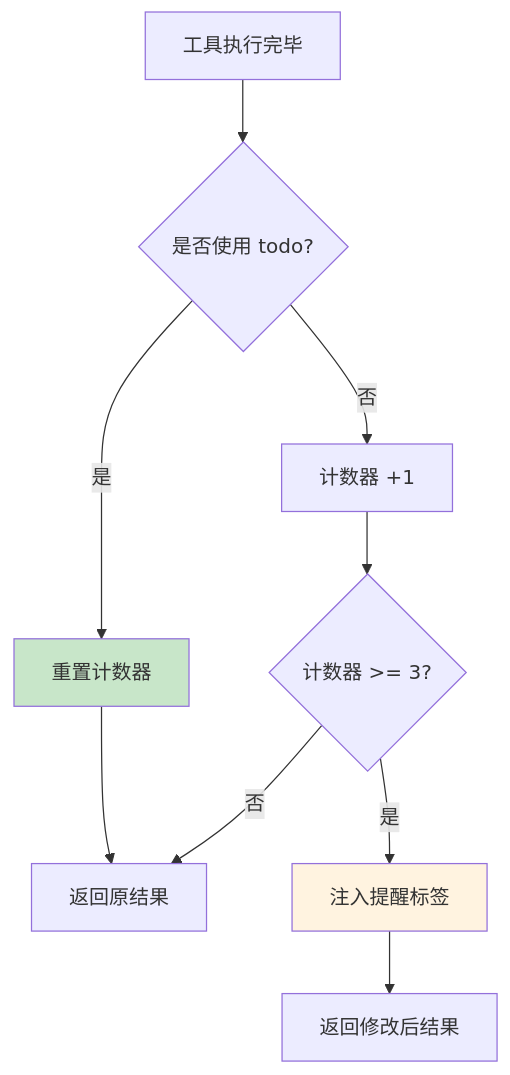
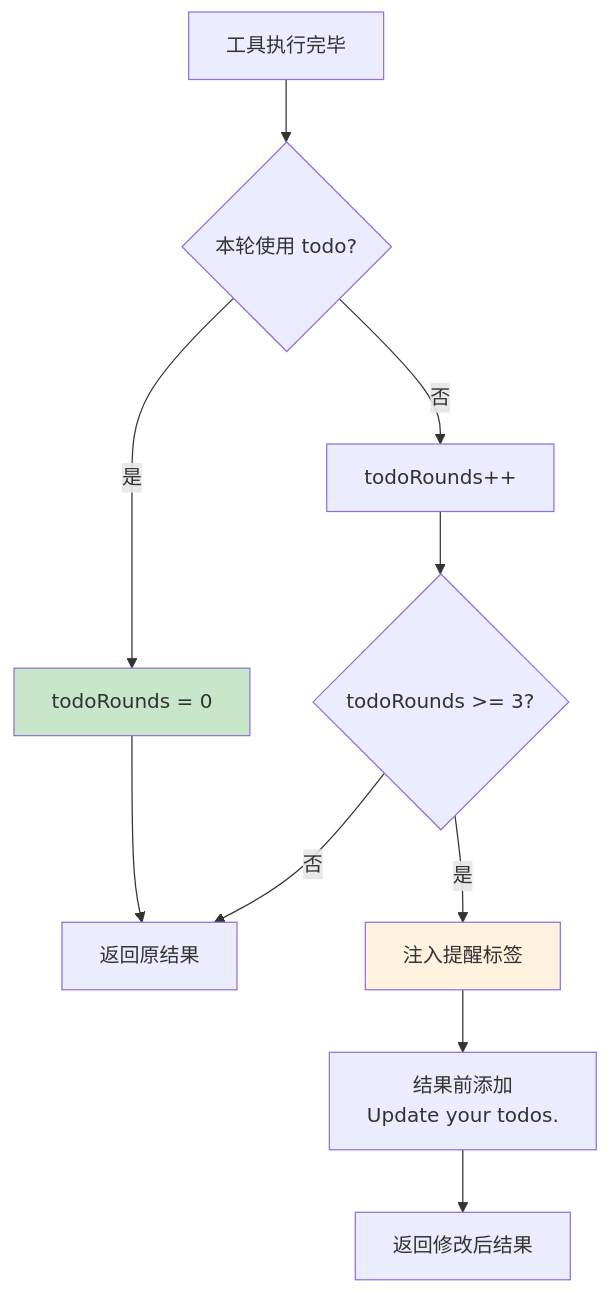
Before and after one commit to friendlyhank/copilot: the sixth of 9 diagrams in docs/source-analysis/03-todo.md, drawn with Mermaid. The commit also changed other lines of this file and 4 other files, not shown here.

````diff
--- a/docs/source-analysis/03-todo.md
+++ b/docs/source-analysis/03-todo.md
@@ -327,14 +363,19 @@
 ```mermaid
 flowchart TD
-    A[工具执行完毕] --> B{是否使用 todo?}
-    B -->|是| C[重置计数器]
-    B -->|否| D[计数器 +1]
-    D --> E{计数器 >= 3?}
-    E -->|否| F[返回原结果]
-    E -->|是| G[注入提醒标签]
-    G --> H[返回修改后结果]
-    C --> F
+    A[工具执行完毕] --> B{本轮使用 todo?}
     
+    B -->|是| C[todoRounds = 0]
+    B -->|否| D[todoRounds++]
+    
+    C --> E[返回原结果]
+    
+    D --> F{todoRounds >= 3?}
+    F -->|否| E
+    F -->|是| G[注入提醒标签]
+    
+    G --> H["结果前添加<br/><reminder>Update your todos.</reminder>"]
+    H --> I[返回修改后结果]
+    
+    style C fill:#c8e6c9
     style G fill:#fff3e0
-    style C fill:#c8e6c9
 ```
````
